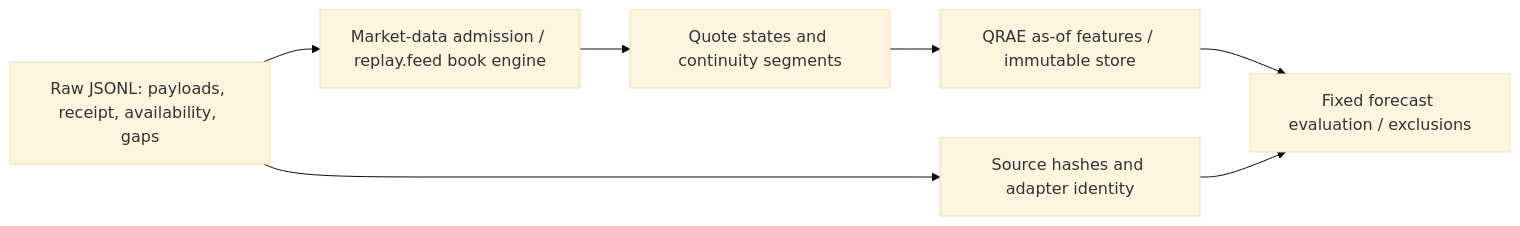
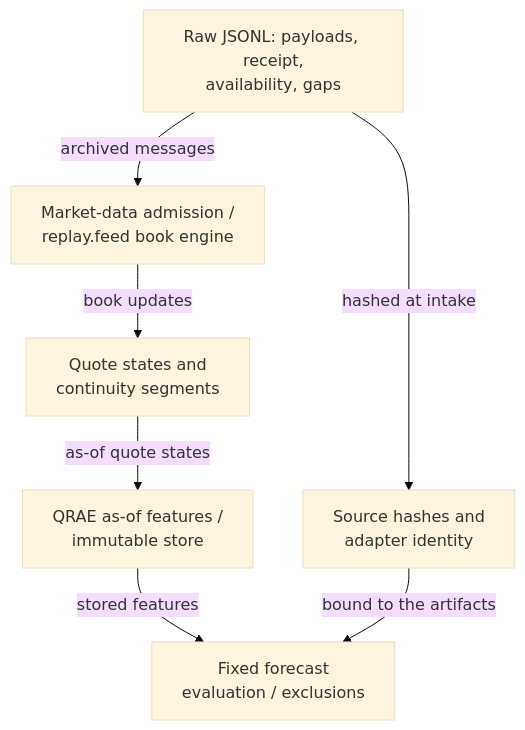
Before and after one commit to oscar-chw/agentic-quant-research: the diagram in apps/quantos/docs/feed-workflow.md, drawn with Mermaid (base theme). The commit also changed 9 other files, not shown here.

Commit message:
docs: make diagrams legible at README width

````diff
--- a/apps/quantos/docs/feed-workflow.md
+++ b/apps/quantos/docs/feed-workflow.md
@@ -8,9 +8,9 @@
 ```mermaid
-flowchart LR
-    A[Raw JSONL: payloads, receipt, availability, gaps] --> B[Market-data admission / replay.feed book engine]
-    B --> C[Quote states and continuity segments]
-    C --> D[QRAE as-of features / immutable store]
-    D --> E[Fixed forecast evaluation / exclusions]
-    A --> F[Source hashes and adapter identity]
-    F --> E
+flowchart TB
+    A[Raw JSONL: payloads, receipt,<br/>availability, gaps] -->|archived messages| B[Market-data admission /<br/>replay.feed book engine]
+    B -->|book updates| C[Quote states and<br/>continuity segments]
+    C -->|as-of quote states| D[QRAE as-of features /<br/>immutable store]
+    D -->|stored features| E[Fixed forecast<br/>evaluation / exclusions]
+    A -->|hashed at intake| F[Source hashes and<br/>adapter identity]
+    F -->|bound to the artifacts| E
 ```
````
